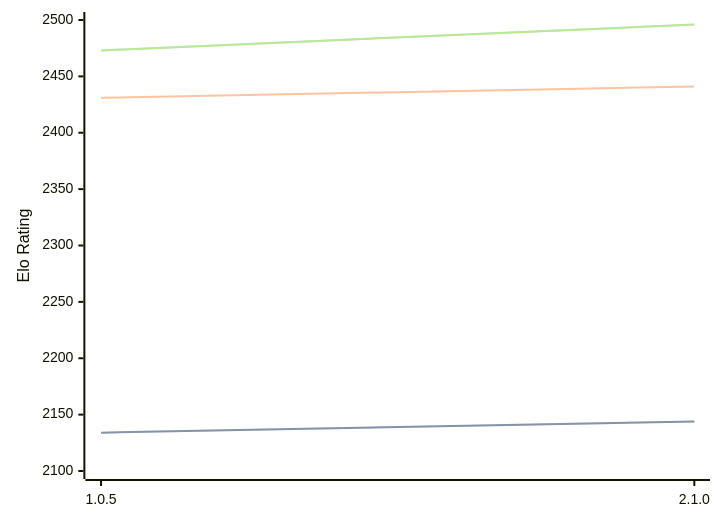
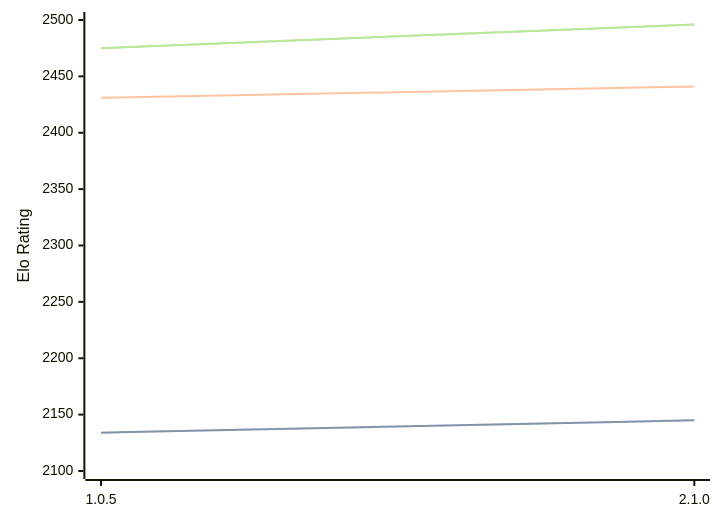
Before and after one commit to computer-chess-index/cci: the third of 3 diagrams in engines/Ruffian.md, drawn with Mermaid. The commit also changed other lines of this file, not shown here.

Commit message:
Update CCI Ratings (ELO VLTC) - 2026-07-14

````diff
--- a/engines/Ruffian.md
+++ b/engines/Ruffian.md
@@ -65,11 +65,11 @@
 ```mermaid
 %%{init: {"theme":"base","themeVariables":{"seriesColors:['#a3a3a3','#222221','#faa371']}}}%%
 xychart-beta
   x-axis ["1.0.5", "2.1.0"]
   y-axis "Elo Rating" 2100 --> 2500
-  line "STC (8.0+0.08s)" [2134, 2144]
-  line "STC (8.0+0.08s)" [2134, 2144]
+  line "STC (8.0+0.08s)" [2134, 2145]
+  line "STC (8.0+0.08s)" [2134, 2145]
   line "LTC (60.0+0.60s)" [2431, 2441]
-  line "VLTC (2m24s+1.12s)" [2473, 2496]
-  line "VLTC (2m24s+1.12s)" [2473, 2496]
+  line "VLTC (2m24s+1.12s)" [2475, 2496]
+  line "VLTC (2m24s+1.12s)" [2475, 2496]
 ```
````
